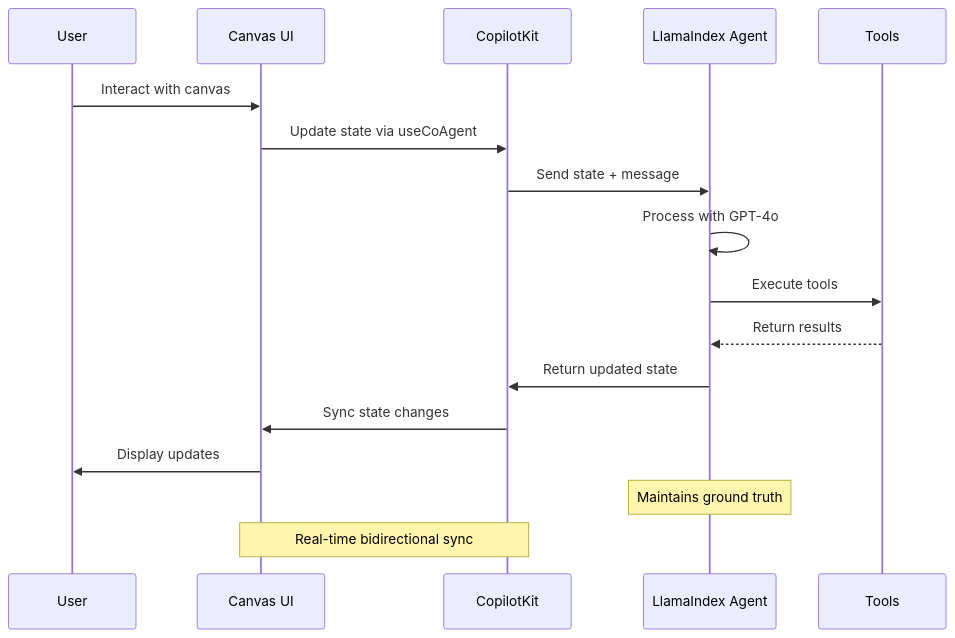
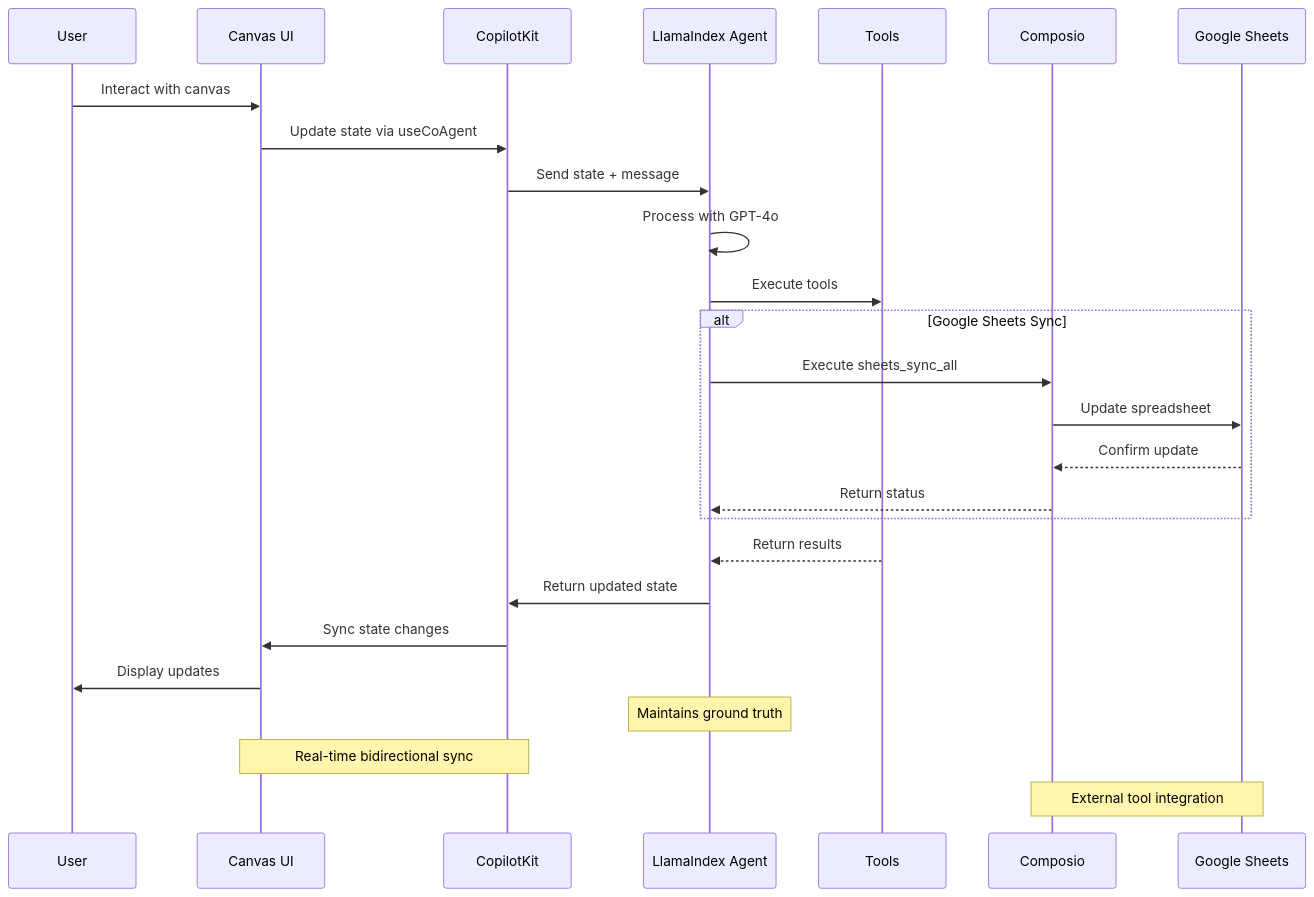
One commit to dosatos/ApexAi changed the second of 2 diagrams in README.md. Above: the diagram before and after it, drawn with Mermaid. The commit also changed other lines of this file, not shown here.

````diff
--- a/README.md
+++ b/README.md
@@ -192,21 +235,32 @@
 ```mermaid
 sequenceDiagram
     participant User
     participant UI as Canvas UI
     participant CK as CopilotKit
     participant Agent as LlamaIndex Agent
     participant Tools
+    participant Composio
+    participant GSheets as Google Sheets
     
     User->>UI: Interact with canvas
     UI->>CK: Update state via useCoAgent
     CK->>Agent: Send state + message
     Agent->>Agent: Process with GPT-4o
     Agent->>Tools: Execute tools
+    
+    alt Google Sheets Sync
+        Agent->>Composio: Execute sheets_sync_all
+        Composio->>GSheets: Update spreadsheet
+        GSheets-->>Composio: Confirm update
+        Composio-->>Agent: Return status
+    end
+    
     Tools-->>Agent: Return results
     Agent->>CK: Return updated state
     CK->>UI: Sync state changes
     UI->>User: Display updates
     
     Note over Agent: Maintains ground truth
     Note over UI,CK: Real-time bidirectional sync
+    Note over Composio,GSheets: External tool integration
 ```
````
